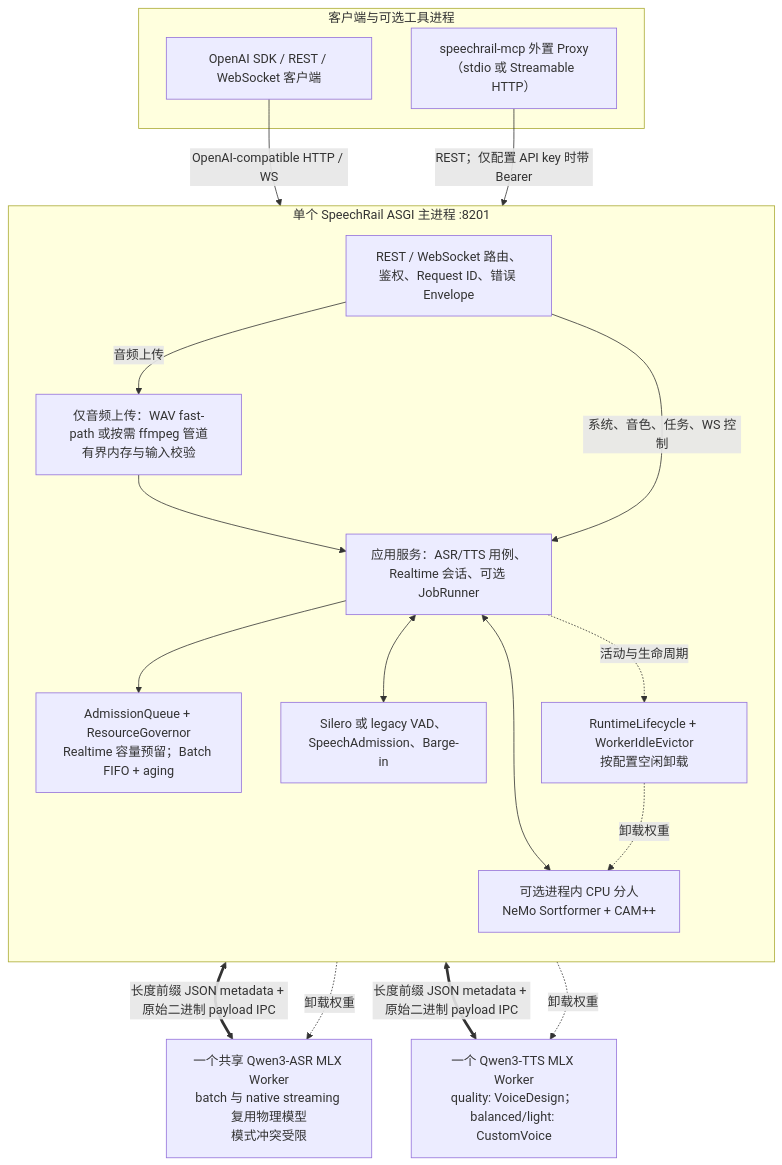
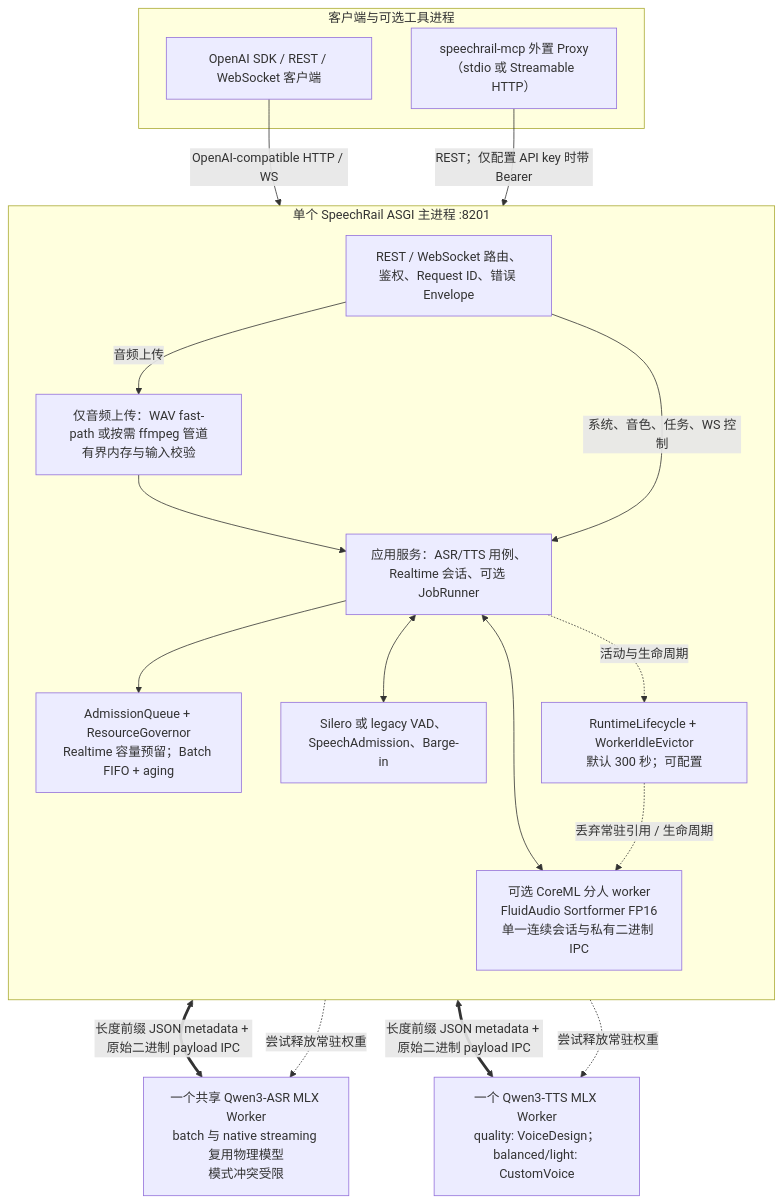
The first of 2 diagrams in docs/architecture/architecture.md (hrygo/SpeechRail), drawn with Mermaid before and after one commit. The commit also changed other lines of this file and 114 other files, not shown here.

First line of the commit message:
feat!: replace diarization runtime with CoreML

````diff
--- a/docs/architecture/architecture.md
+++ b/docs/architecture/architecture.md
@@ -15,36 +15,36 @@
 ```mermaid
 flowchart TD
     subgraph Clients["客户端与可选工具进程"]
         SDK["OpenAI SDK / REST / WebSocket 客户端"]
         MCP["speechrail-mcp 外置 Proxy<br/>（stdio 或 Streamable HTTP）"]
     end
 
     subgraph Host["单个 SpeechRail ASGI 主进程 :8201"]
         direction TB
         Ingress["REST / WebSocket 路由、鉴权、Request ID、错误 Envelope"]
         Decode["仅音频上传：WAV fast-path 或按需 ffmpeg 管道<br/>有界内存与输入校验"]
         App["应用服务：ASR/TTS 用例、Realtime 会话、可选 JobRunner"]
         Admit["AdmissionQueue + ResourceGovernor<br/>Realtime 容量预留；Batch FIFO + aging"]
         VAD["Silero 或 legacy VAD、SpeechAdmission、Barge-in"]
-        Diar["可选进程内 CPU 分人<br/>NeMo Sortformer + CAM++"]
-        Life["RuntimeLifecycle + WorkerIdleEvictor<br/>按配置空闲卸载"]
+        Diar["可选 CoreML 分人 worker<br/>FluidAudio Sortformer FP16<br/>单一连续会话与私有二进制 IPC"]
+        Life["RuntimeLifecycle + WorkerIdleEvictor<br/>默认 300 秒；可配置"]
 
         Ingress -->|音频上传| Decode --> App
         Ingress -->|系统、音色、任务、WS 控制| App
         App --> Admit
         App <--> VAD
         App <--> Diar
         App -. 活动与生命周期 .-> Life
     end
 
     ASR["一个共享 Qwen3-ASR MLX Worker<br/>batch 与 native streaming 复用物理模型<br/>模式冲突受限"]
     TTS["一个 Qwen3-TTS MLX Worker<br/>quality: VoiceDesign；balanced/light: CustomVoice"]
 
     SDK -->|OpenAI-compatible HTTP / WS| Ingress
     MCP -->|REST；仅配置 API key 时带 Bearer| Ingress
     App <==>|"长度前缀 JSON metadata + 原始二进制 payload IPC"| ASR
     App <==>|"长度前缀 JSON metadata + 原始二进制 payload IPC"| TTS
-    Life -. 卸载权重 .-> ASR
-    Life -. 卸载权重 .-> TTS
-    Life -. 卸载权重 .-> Diar
+    Life -. 尝试释放常驻权重 .-> ASR
+    Life -. 尝试释放常驻权重 .-> TTS
+    Life -. 丢弃常驻引用 / 生命周期 .-> Diar
 ```
````
